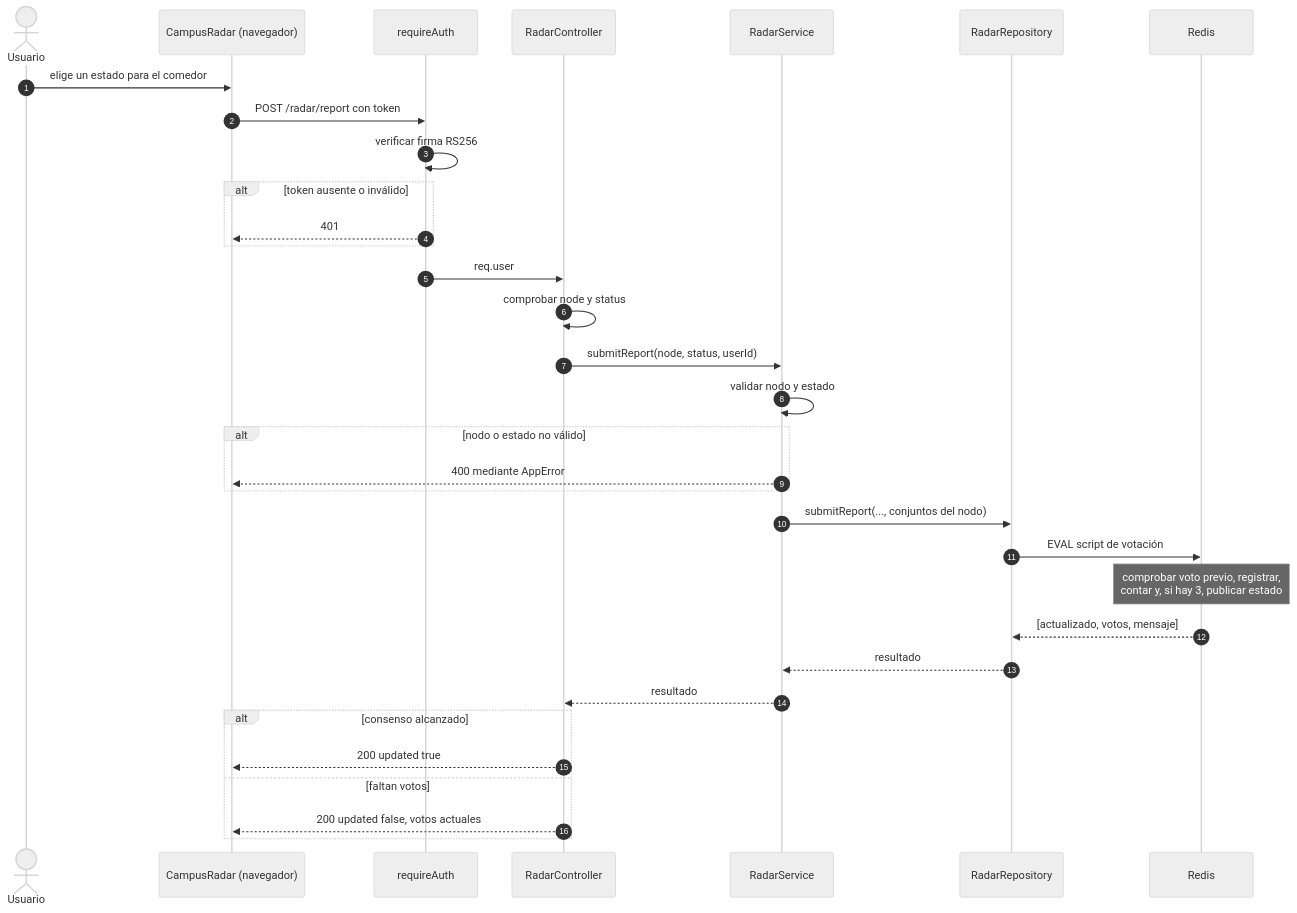
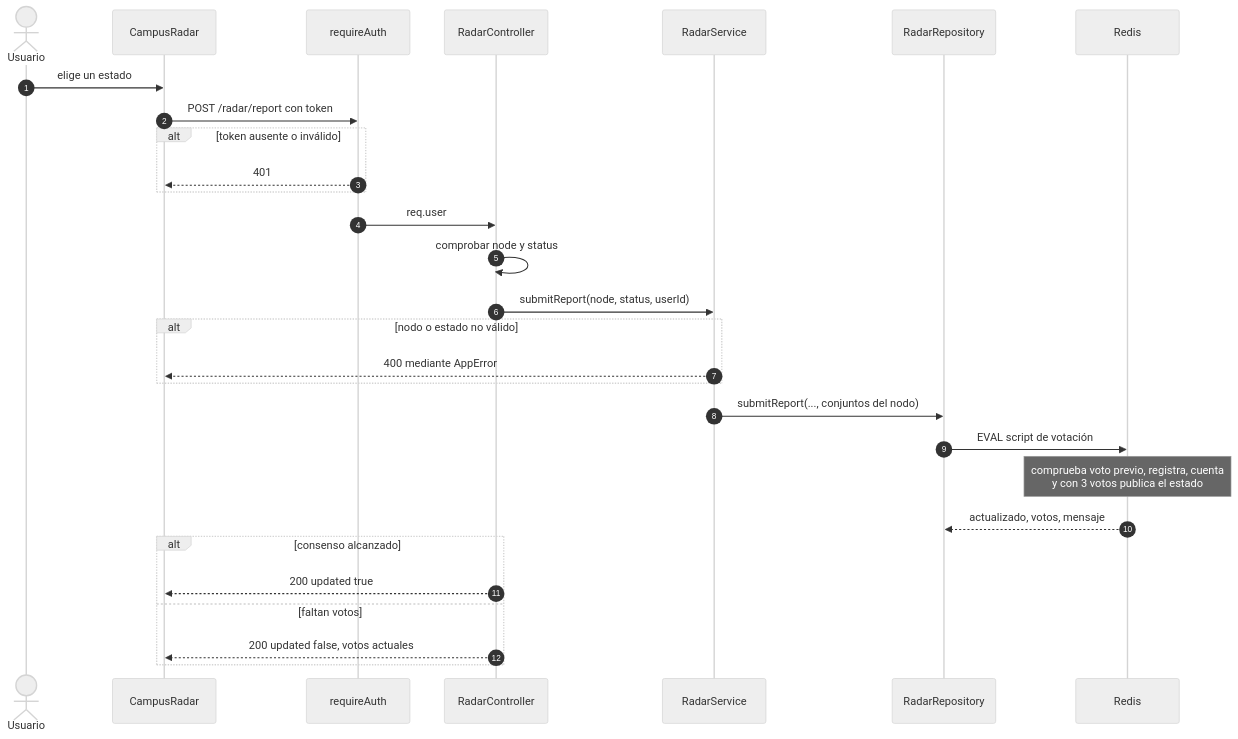
The second of 9 diagrams in docs/04-modelo-c4/04-codigo-y-secuencias.md (pillacarodriguezuriel-a11y/social_unsch), drawn with Mermaid (neutral theme) before and after one commit. The commit also changed other lines of this file and 44 other files, not shown here.

First line of the commit message:
docs: alinear documentación y modelo c4 con el estado verificado del sistema

````diff
--- a/docs/04-modelo-c4/04-codigo-y-secuencias.md
+++ b/docs/04-modelo-c4/04-codigo-y-secuencias.md
@@ -78,36 +72,32 @@
 ```mermaid
 sequenceDiagram
     autonumber
     actor U as Usuario
-    participant W as CampusRadar (navegador)
+    participant W as CampusRadar
     participant A as requireAuth
     participant C as RadarController
     participant S as RadarService
     participant R as RadarRepository
     participant D as Redis
 
-    U->>W: elige un estado para el comedor
+    U->>W: elige un estado
     W->>A: POST /radar/report con token
-    A->>A: verificar firma RS256
     alt token ausente o inválido
         A-->>W: 401
     end
     A->>C: req.user
     C->>C: comprobar node y status
     C->>S: submitReport(node, status, userId)
-    S->>S: validar nodo y estado
     alt nodo o estado no válido
         S-->>W: 400 mediante AppError
     end
     S->>R: submitReport(..., conjuntos del nodo)
     R->>D: EVAL script de votación
-    Note over D: comprobar voto previo, registrar,<br/>contar y, si hay 3, publicar estado
-    D-->>R: [actualizado, votos, mensaje]
-    R-->>S: resultado
-    S-->>C: resultado
+    Note over D: comprueba voto previo, registra, cuenta<br/>y con 3 votos publica el estado
+    D-->>R: actualizado, votos, mensaje
     alt consenso alcanzado
         C-->>W: 200 updated true
     else faltan votos
         C-->>W: 200 updated false, votos actuales
     end
 ```
````
